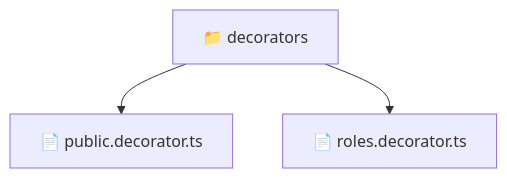
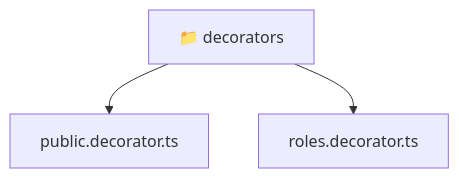
Before and after one commit to beginwebdev2002/fullstack-mavluda: the diagram in backend/src/common/decorators/README.md, drawn with Mermaid. The commit also changed other lines of this file and 167 other files, not shown here.

````diff
--- a/backend/src/common/decorators/README.md
+++ b/backend/src/common/decorators/README.md
@@ -9,6 +9,8 @@
 ```mermaid
 graph TD
-  Root["📁 decorators"]
-  Root --> public_decorator_ts["📄 public.decorator.ts"]
-  Root --> roles_decorator_ts["📄 roles.decorator.ts"]
+  Root_decorators["📁 decorators"]
+  f_public_decorator_ts["public.decorator.ts"]
+  Root_decorators --> f_public_decorator_ts
+  f_roles_decorator_ts["roles.decorator.ts"]
+  Root_decorators --> f_roles_decorator_ts
 ```
````
